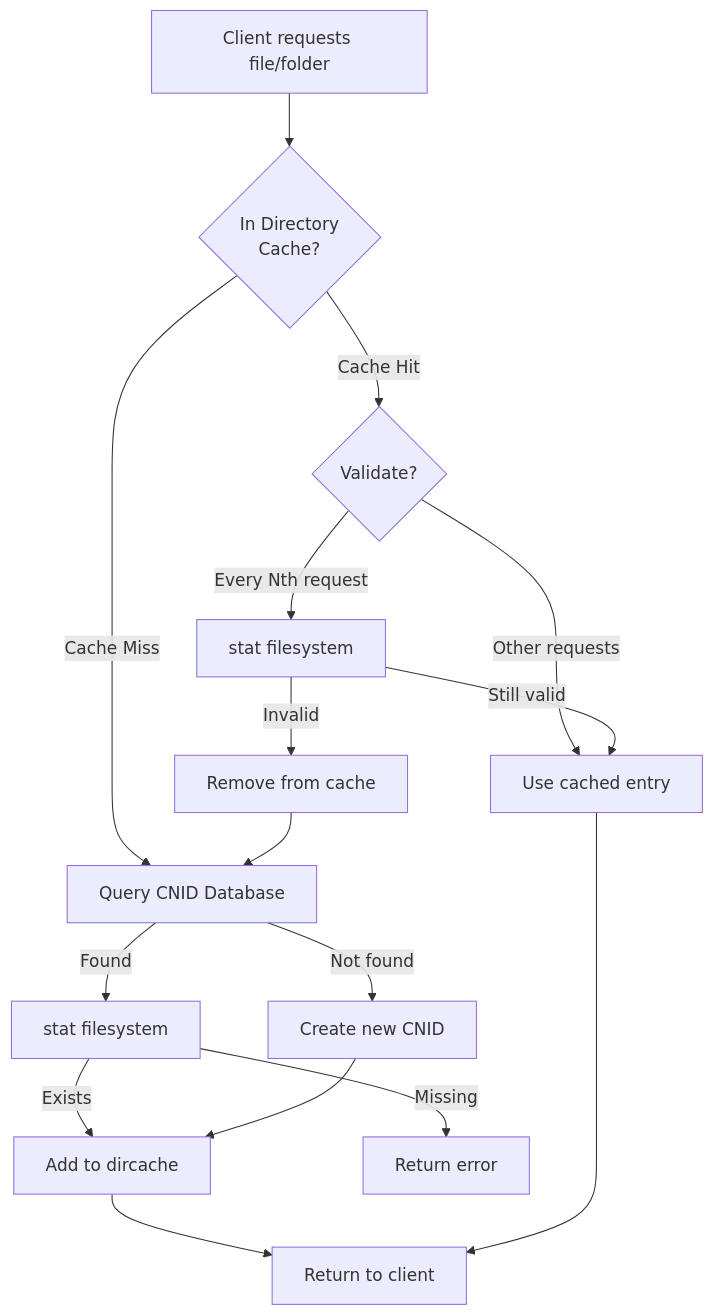
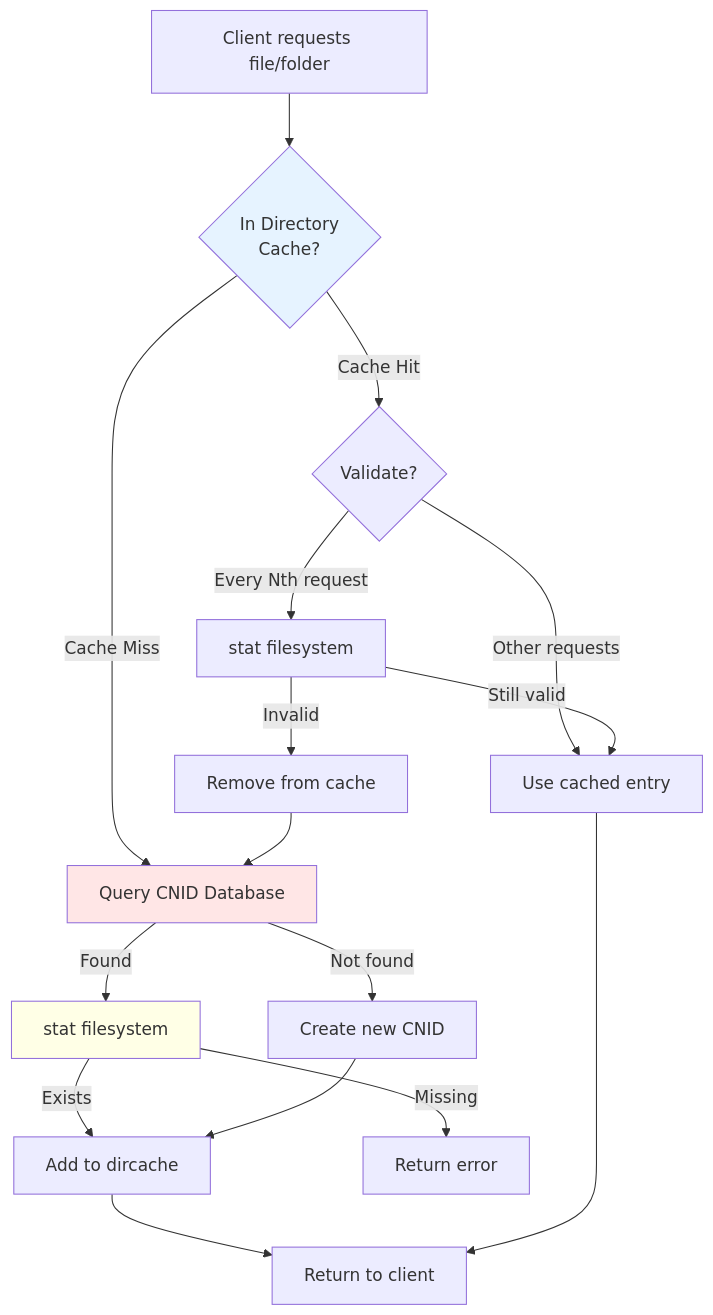
Before and after one commit to Netatalk/netatalk: the third of 8 diagrams in doc/developer/dircache.md, drawn with Mermaid. The commit also changed other lines of this file and 9 other files, not shown here.

First line of the commit message:
doc: transition to native Doxygen mermaid diagrams

````diff
--- a/doc/developer/dircache.md
+++ b/doc/developer/dircache.md
@@ -209,31 +209,31 @@
 ```mermaid
 flowchart TD
     Request[Client requests file/folder]
     
     Request --> DC_Check{In Directory<br/>Cache?}
     
     DC_Check -->|Cache Hit| DC_Valid{Validate?}
     DC_Check -->|Cache Miss| CNID_Query[Query CNID Database]
     
     DC_Valid -->|Every Nth request| Validate[stat filesystem]
     DC_Valid -->|Other requests| Use_Cached[Use cached entry]
     
     Validate -->|Still valid| Use_Cached
     Validate -->|Invalid| Remove_Entry[Remove from cache]
     
     Remove_Entry --> CNID_Query
     
     CNID_Query -->|Found| FS_Check[stat filesystem]
     CNID_Query -->|Not found| Create_New[Create new CNID]
     
     FS_Check -->|Exists| Add_Cache[Add to dircache]
     FS_Check -->|Missing| Error[Return error]
     
     Create_New --> Add_Cache
     Add_Cache --> Return[Return to client]
     Use_Cached --> Return
     
-    style DC_Check fill:\#e6f3ff
-    style CNID_Query fill:\#ffe6e6
-    style FS_Check fill:\#ffffe6
+    style DC_Check fill:#e6f3ff
+    style CNID_Query fill:#ffe6e6
+    style FS_Check fill:#ffffe6
 ```
````
